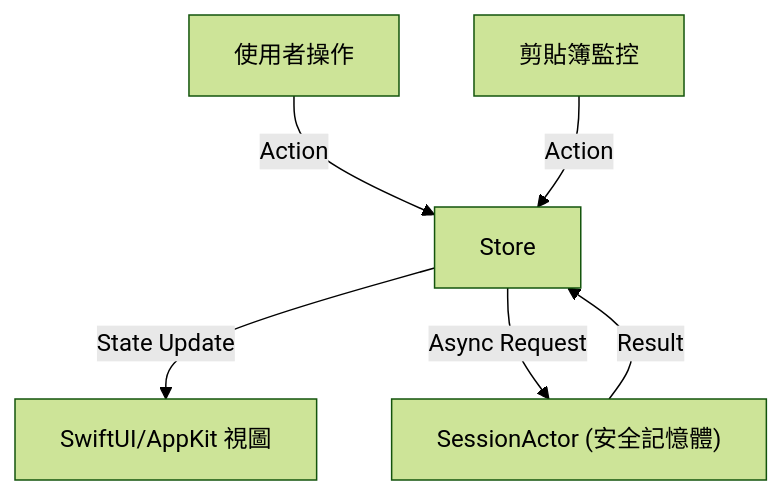
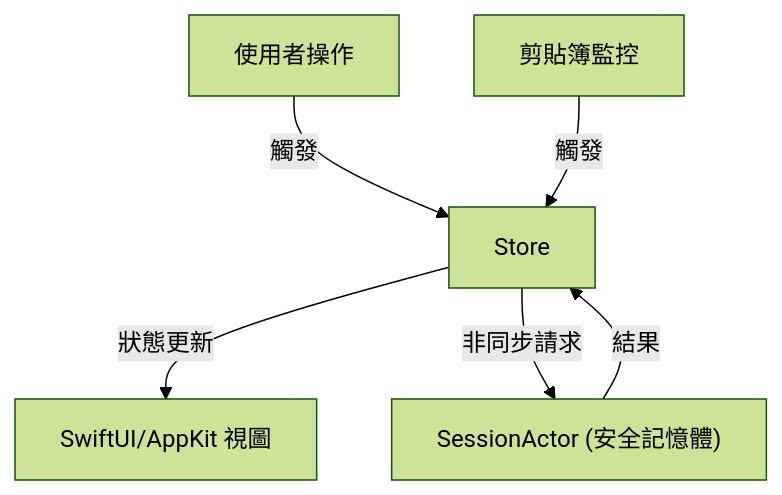
Before and after one commit to hozzz9487/CodeMask: the diagram in README.md, drawn with Mermaid (forest theme). The commit also changed other lines of this file and 1 other file, not shown here.

Commit message:
docs(readme): 更新專案作者資訊與優化中英說明文件
- 更新中英文文件的作者資訊為 Edison Chang

- 將 README.md 架構圖標籤中文化以提升易讀性

- 修正錯別字與統一術語 (如 Developer-Centric, Context)

````diff
--- a/README.md
+++ b/README.md
@@ -41,8 +41,8 @@
 ```mermaid
 graph TD
-    User[使用者操作] -->|Action| Store
-    Clipboard[剪貼簿監控] -->|Action| Store
-    Store -->|State Update| View[SwiftUI/AppKit 視圖]
-    Store -->|Async Request| Actor["SessionActor (安全記憶體)"]
-    Actor -->|Result| Store
+    User[使用者操作] -->|觸發| Store
+    Clipboard[剪貼簿監控] -->|觸發| Store
+    Store -->|狀態更新| View[SwiftUI/AppKit 視圖]
+    Store -->|非同步請求| Actor["SessionActor (安全記憶體)"]
+    Actor -->|結果| Store
 ```
````
